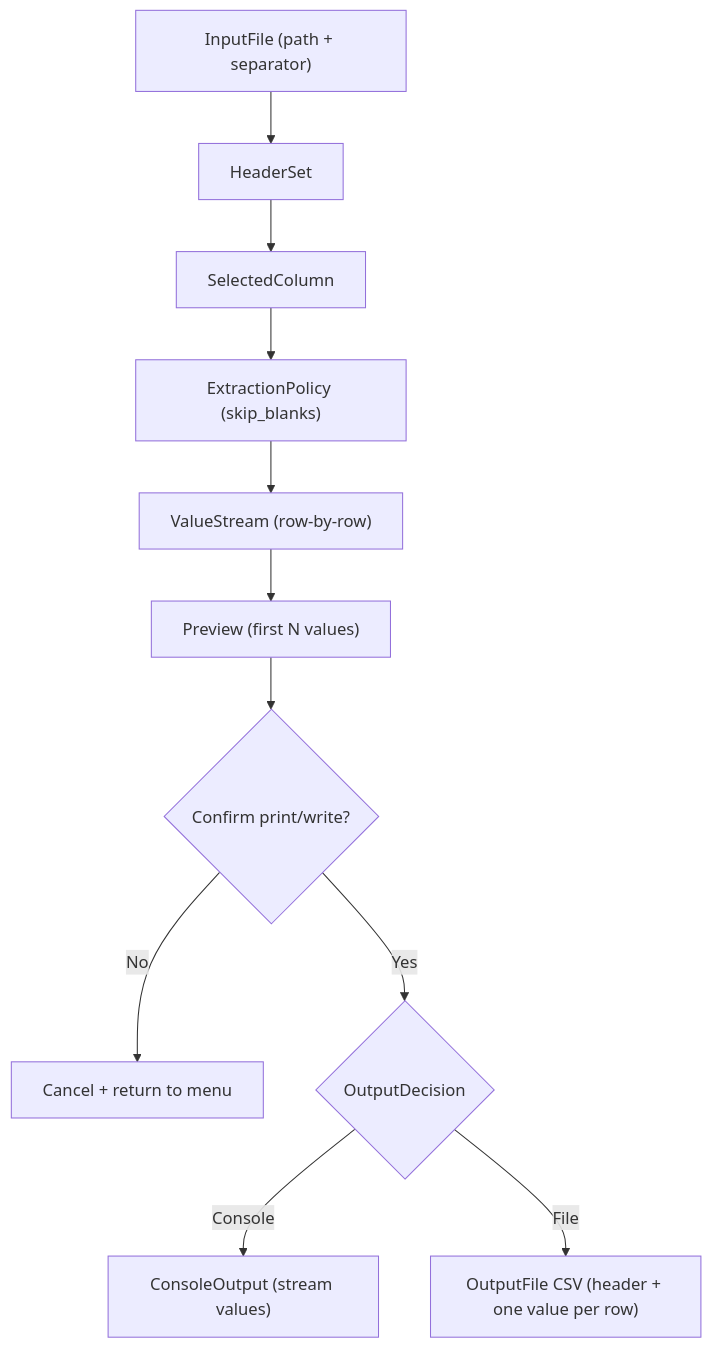
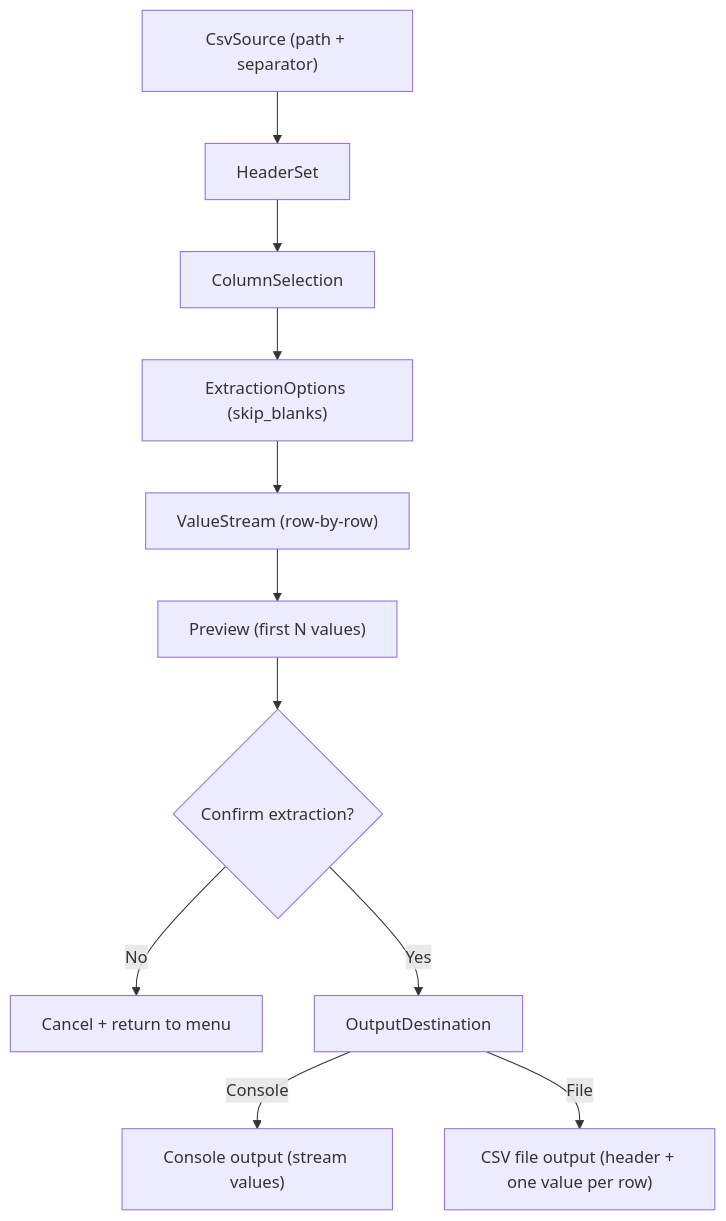
Before and after one commit to RobertAndrewHall/csvops: the diagram in README.md, drawn with Mermaid. The commit also changed other lines of this file and 1 other file, not shown here.

Commit message:
docs(architecture): finalize phase 5 and remove migration plan

````diff
--- a/README.md
+++ b/README.md
@@ -103,13 +101,13 @@
 ```mermaid
 flowchart TD
-  A["InputFile (path + separator)"] --> B["HeaderSet"]
-  B --> C["SelectedColumn"]
-  C --> D["ExtractionPolicy (skip_blanks)"]
+  A["CsvSource (path + separator)"] --> B["HeaderSet"]
+  B --> C["ColumnSelection"]
+  C --> D["ExtractionOptions (skip_blanks)"]
   D --> E["ValueStream (row-by-row)"]
   E --> F["Preview (first N values)"]
-  F --> G{"Confirm print/write?"}
+  F --> G{"Confirm extraction?"}
   G -->|"No"| H["Cancel + return to menu"]
-  G -->|"Yes"| I{"OutputDecision"}
-  I -->|"Console"| J["ConsoleOutput (stream values)"]
-  I -->|"File"| K["OutputFile CSV (header + one value per row)"]
+  G -->|"Yes"| I["OutputDestination"]
+  I -->|"Console"| J["Console output (stream values)"]
+  I -->|"File"| K["CSV file output (header + one value per row)"]
 ```
````
